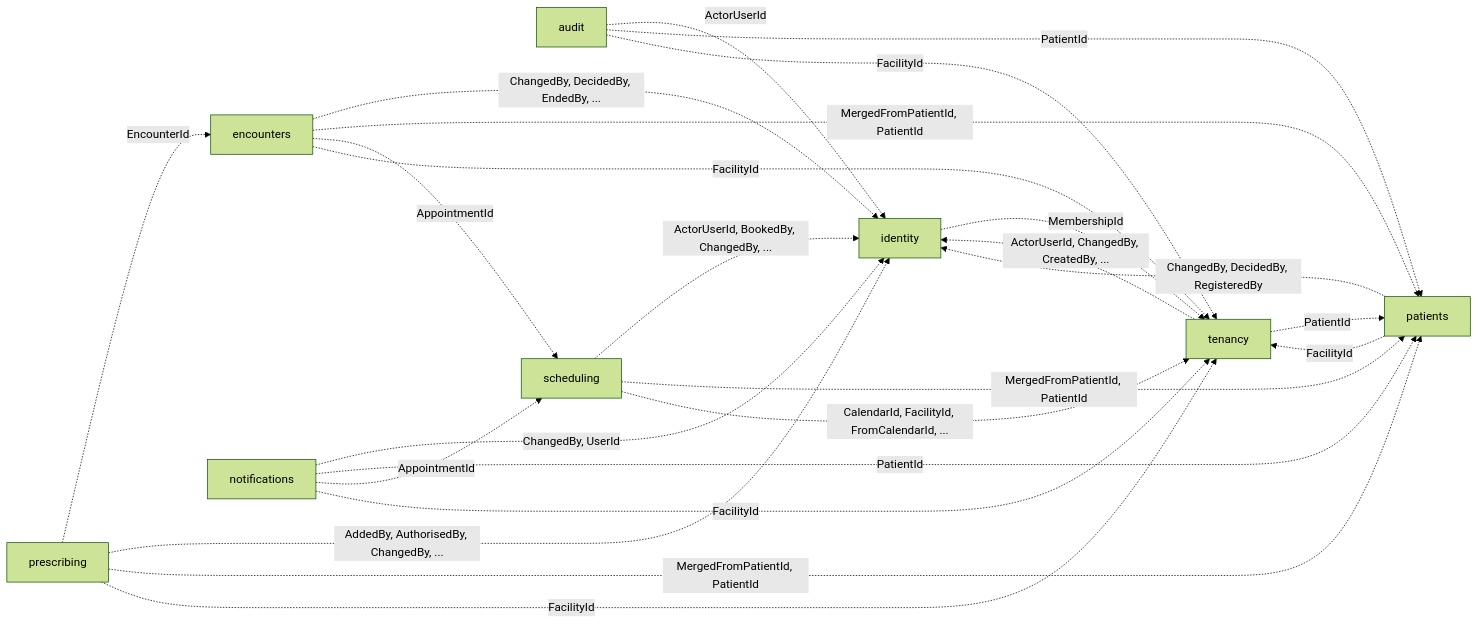
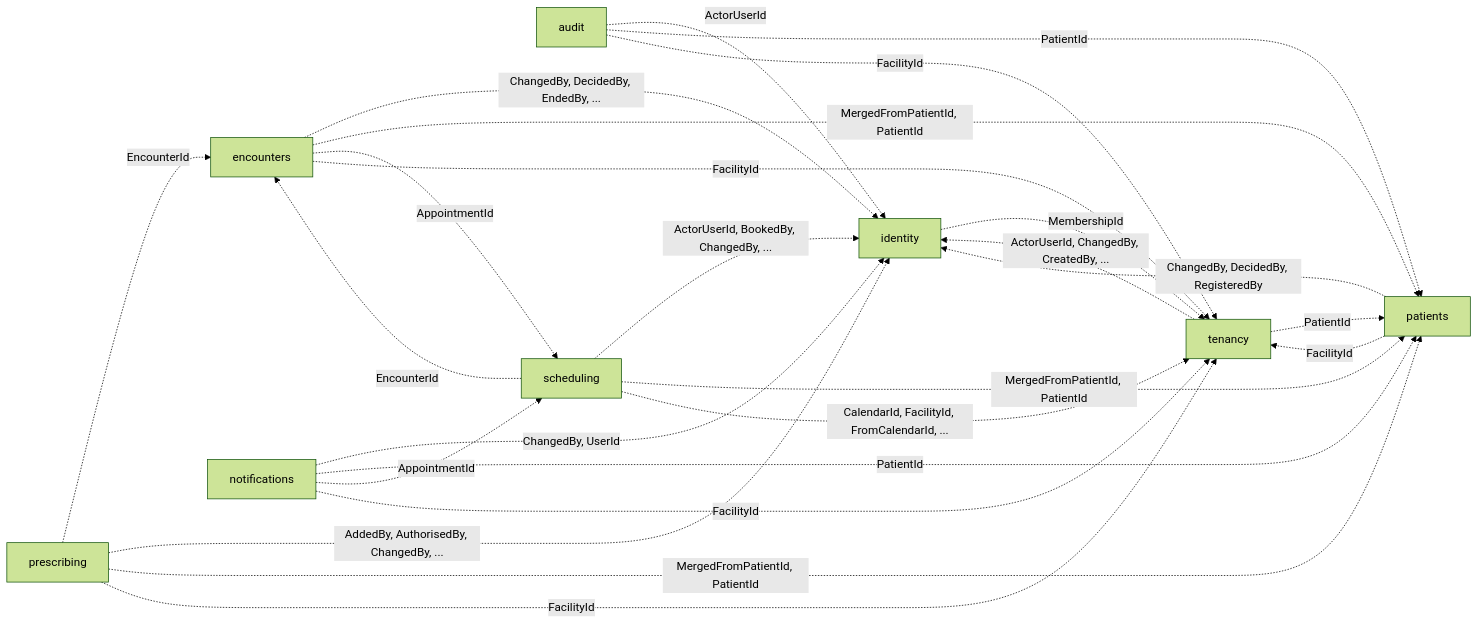
Before and after one commit to ALFRED-LUCIFER/medvya: the third of 14 diagrams in docs/03-architecture/erd.md, drawn with Mermaid (forest theme). The commit also changed other lines of this file and 32 other files, not shown here.

````diff
--- a/docs/03-architecture/erd.md
+++ b/docs/03-architecture/erd.md
@@ -95,26 +95,27 @@
 ```mermaid
 flowchart LR
   audit -.->|"ActorUserId"| identity
   audit -.->|"PatientId"| patients
   audit -.->|"FacilityId"| tenancy
   encounters -.->|"ChangedBy, DecidedBy, EndedBy, ..."| identity
   encounters -.->|"MergedFromPatientId, PatientId"| patients
   encounters -.->|"AppointmentId"| scheduling
   encounters -.->|"FacilityId"| tenancy
   identity -.->|"MembershipId"| tenancy
   notifications -.->|"ChangedBy, UserId"| identity
   notifications -.->|"PatientId"| patients
   notifications -.->|"AppointmentId"| scheduling
   notifications -.->|"FacilityId"| tenancy
   patients -.->|"ChangedBy, DecidedBy, RegisteredBy"| identity
   patients -.->|"FacilityId"| tenancy
   prescribing -.->|"EncounterId"| encounters
   prescribing -.->|"AddedBy, AuthorisedBy, ChangedBy, ..."| identity
   prescribing -.->|"MergedFromPatientId, PatientId"| patients
   prescribing -.->|"FacilityId"| tenancy
+  scheduling -.->|"EncounterId"| encounters
   scheduling -.->|"ActorUserId, BookedBy, ChangedBy, ..."| identity
   scheduling -.->|"MergedFromPatientId, PatientId"| patients
   scheduling -.->|"CalendarId, FacilityId, FromCalendarId, ..."| tenancy
   tenancy -.->|"ActorUserId, ChangedBy, CreatedBy, ..."| identity
   tenancy -.->|"PatientId"| patients
 ```
````
